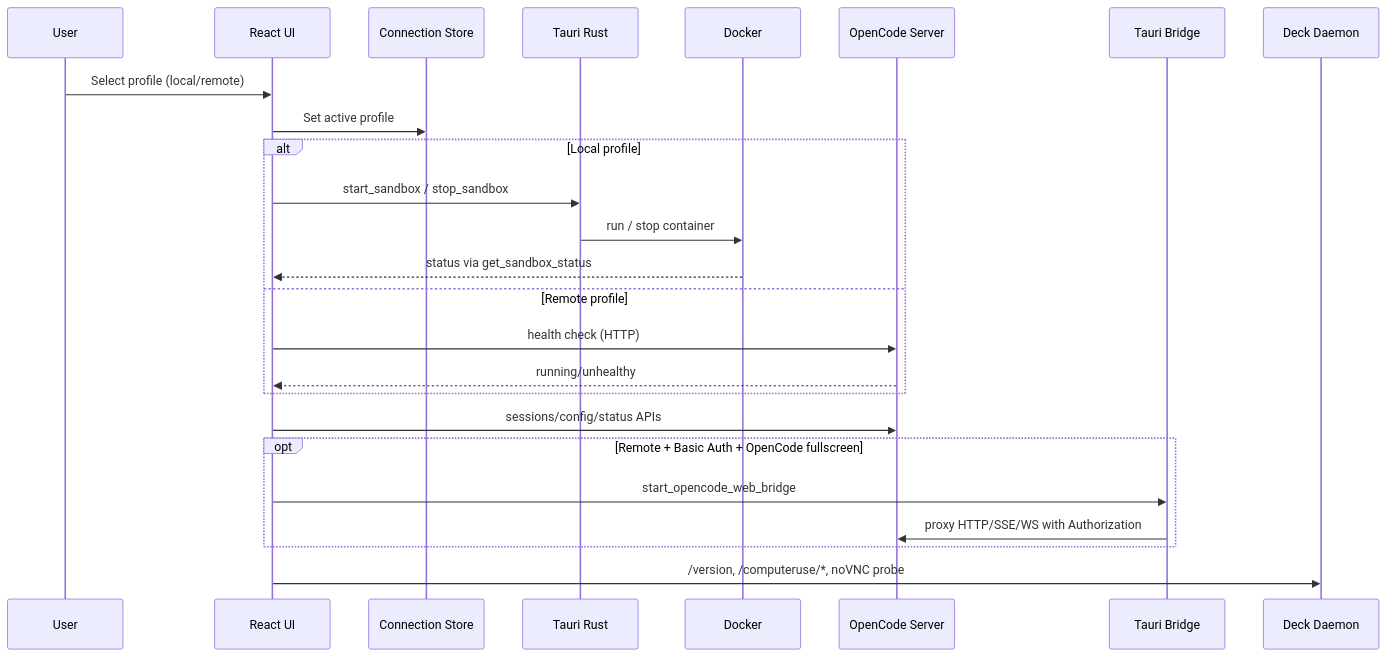
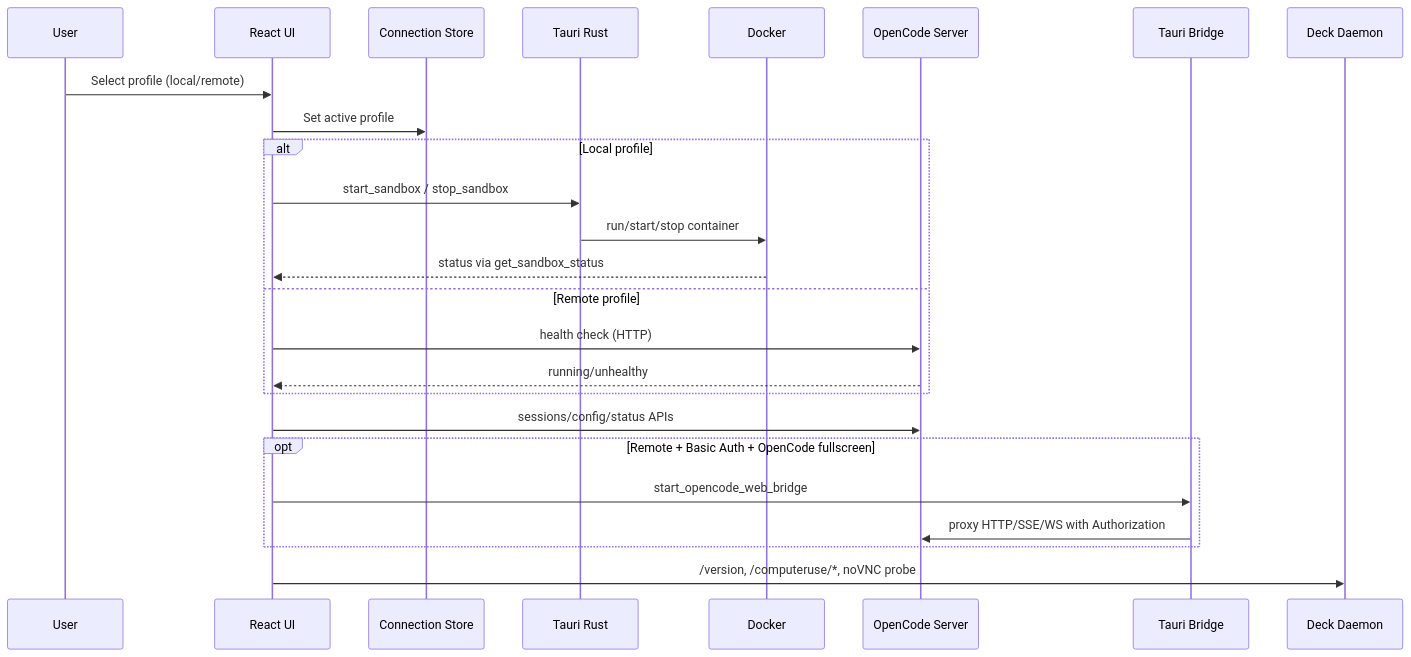
Before and after one commit to cofy-x/deck: the diagram in .x/guide-client.md, drawn with Mermaid. The commit also changed other lines of this file and 23 other files, not shown here.

````diff
--- a/.x/guide-client.md
+++ b/.x/guide-client.md
@@ -72,30 +72,30 @@
 ```mermaid
 sequenceDiagram
     participant User
     participant UI as React UI
     participant Conn as Connection Store
     participant Rust as Tauri Rust
     participant Docker as Docker
     participant OpenCode as OpenCode Server
     participant Bridge as Tauri Bridge
     participant Daemon as Deck Daemon
 
     User->>UI: Select profile (local/remote)
     UI->>Conn: Set active profile
 
     alt Local profile
       UI->>Rust: start_sandbox / stop_sandbox
-      Rust->>Docker: run / stop container
+      Rust->>Docker: run/start/stop container
       Docker-->>UI: status via get_sandbox_status
     else Remote profile
       UI->>OpenCode: health check (HTTP)
       OpenCode-->>UI: running/unhealthy
     end
 
     UI->>OpenCode: sessions/config/status APIs
     opt Remote + Basic Auth + OpenCode fullscreen
       UI->>Bridge: start_opencode_web_bridge
       Bridge->>OpenCode: proxy HTTP/SSE/WS with Authorization
     end
     UI->>Daemon: /version, /computeruse/*, noVNC probe
 ```
````
